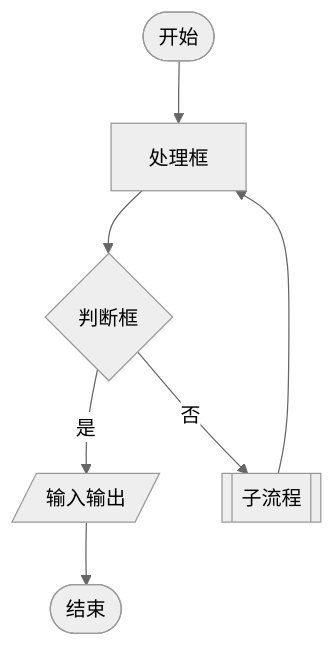
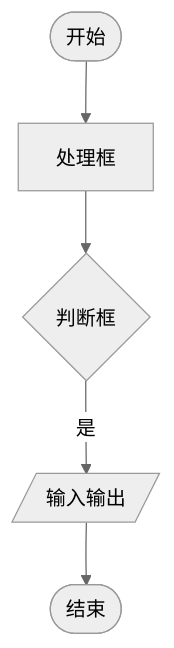
Before and after one commit to shmaku/hankou: the diagram in content/inverstment/guide-1.md, drawn with Mermaid (neutral theme). The commit also changed other lines of this file and 3 other files, not shown here.

````diff
--- a/content/inverstment/guide-1.md
+++ b/content/inverstment/guide-1.md
@@ -6,9 +7,7 @@
 ```mermaid
 flowchart TD
     st([开始]) --> op[处理框]
     op --> cond{判断框}
     cond -- 是 --> io[/输入输出/]
     io --> e([结束])
-    cond -- 否 --> sub1[[子流程]]
-    sub1 --> op
 ```
````
